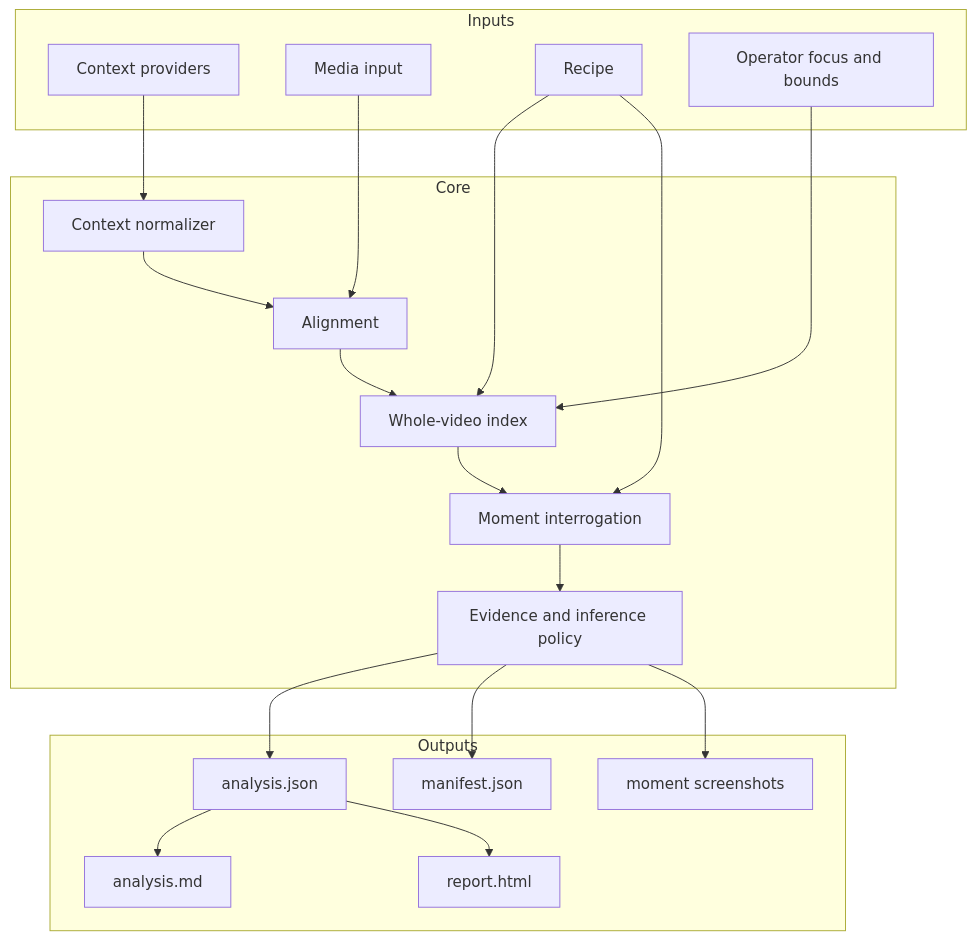
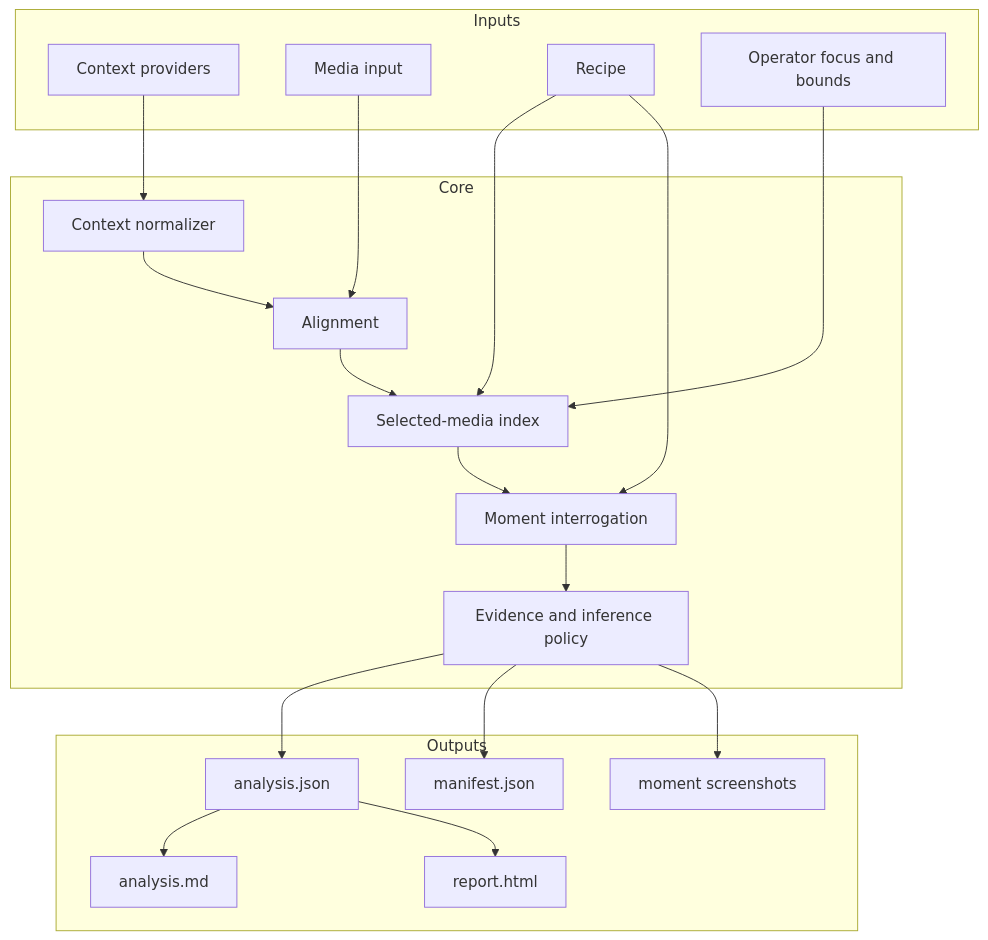
One commit to jchu96/frame-of-mind changed the second of 8 diagrams in docs/ARCHITECTURE.md. Above: the diagram before and after it, drawn with Mermaid. The commit also changed other lines of this file and 32 other files, not shown here.

````diff
--- a/docs/ARCHITECTURE.md
+++ b/docs/ARCHITECTURE.md
@@ -62,40 +62,40 @@
 ```mermaid
 flowchart TB
     subgraph Inputs
         CP[Context providers]
         MI[Media input]
         RP[Recipe]
         OP[Operator focus and bounds]
     end
 
     subgraph Core
         NM[Context normalizer]
         AL[Alignment]
-        IX[Whole-video index]
+        IX[Selected-media index]
         IG[Moment interrogation]
         EV[Evidence and inference policy]
     end
 
     subgraph Outputs
         AJ[analysis.json]
         MJ[manifest.json]
         MD[analysis.md]
         HT[report.html]
         SS[moment screenshots]
     end
 
     CP --> NM
     NM --> AL
     MI --> AL
     RP --> IX
     OP --> IX
     AL --> IX
     IX --> IG
     RP --> IG
     IG --> EV
     EV --> AJ
     EV --> MJ
     AJ --> MD
     AJ --> HT
     EV --> SS
 ```
````
